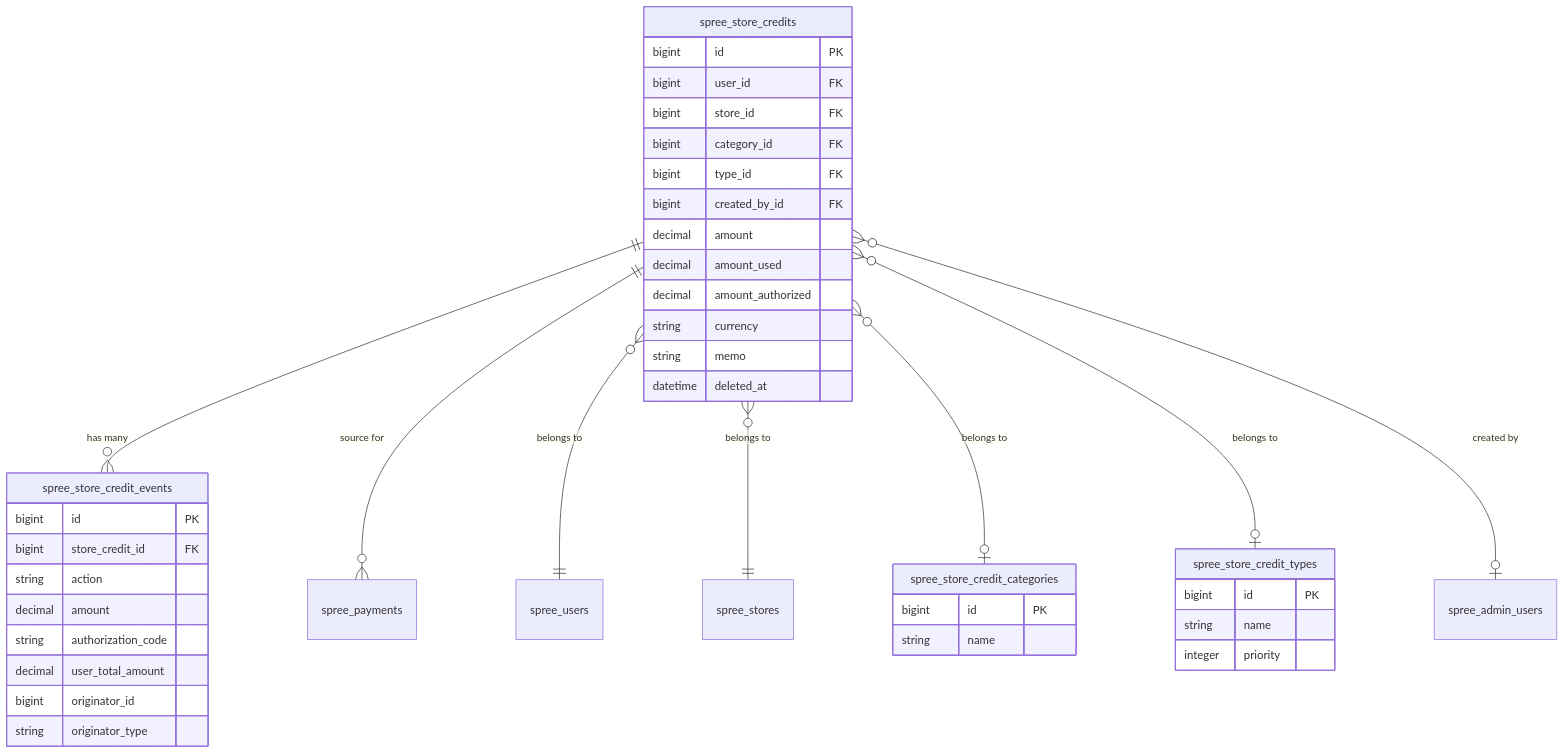
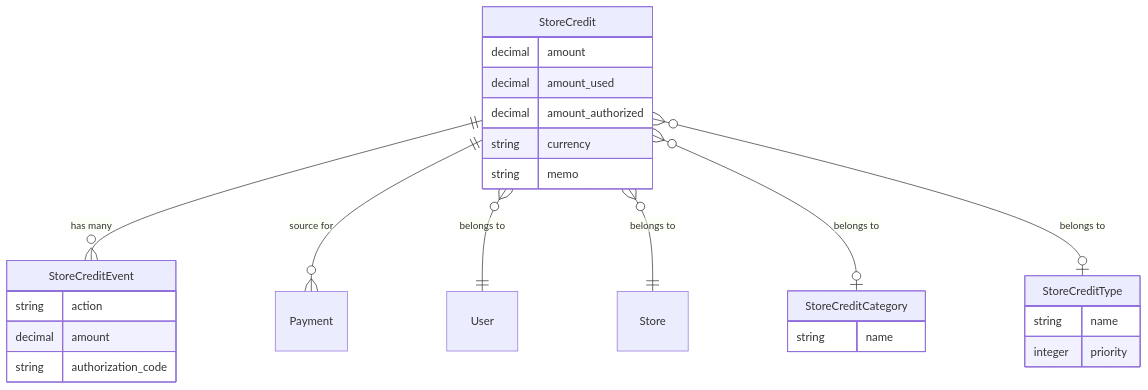
Before and after one commit to spree/spree: the first of 5 diagrams in docs/developer/core-concepts/store-credits-gift-cards.mdx, drawn with Mermaid. The commit also changed other lines of this file and 21 other files, not shown here.

````diff
--- a/docs/developer/core-concepts/store-credits-gift-cards.mdx
+++ b/docs/developer/core-concepts/store-credits-gift-cards.mdx
@@ -33,47 +34,32 @@
 ```mermaid
 erDiagram
-    spree_store_credits ||--o{ spree_store_credit_events : "has many"
-    spree_store_credits ||--o{ spree_payments : "source for"
-    spree_store_credits }o--|| spree_users : "belongs to"
-    spree_store_credits }o--|| spree_stores : "belongs to"
-    spree_store_credits }o--o| spree_store_credit_categories : "belongs to"
-    spree_store_credits }o--o| spree_store_credit_types : "belongs to"
-    spree_store_credits }o--o| spree_admin_users : "created by"
+    StoreCredit ||--o{ StoreCreditEvent : "has many"
+    StoreCredit ||--o{ Payment : "source for"
+    StoreCredit }o--|| User : "belongs to"
+    StoreCredit }o--|| Store : "belongs to"
+    StoreCredit }o--o| StoreCreditCategory : "belongs to"
+    StoreCredit }o--o| StoreCreditType : "belongs to"
 
-    spree_store_credits {
-        bigint id PK
-        bigint user_id FK
-        bigint store_id FK
-        bigint category_id FK
-        bigint type_id FK
-        bigint created_by_id FK
+    StoreCredit {
         decimal amount
         decimal amount_used
         decimal amount_authorized
         string currency
         string memo
-        datetime deleted_at
     }
 
-    spree_store_credit_categories {
-        bigint id PK
+    StoreCreditCategory {
         string name
     }
 
-    spree_store_credit_types {
-        bigint id PK
+    StoreCreditType {
         string name
         integer priority
     }
 
-    spree_store_credit_events {
-        bigint id PK
-        bigint store_credit_id FK
+    StoreCreditEvent {
         string action
         decimal amount
         string authorization_code
-        decimal user_total_amount
-        bigint originator_id
-        string originator_type
     }
 ```
````
